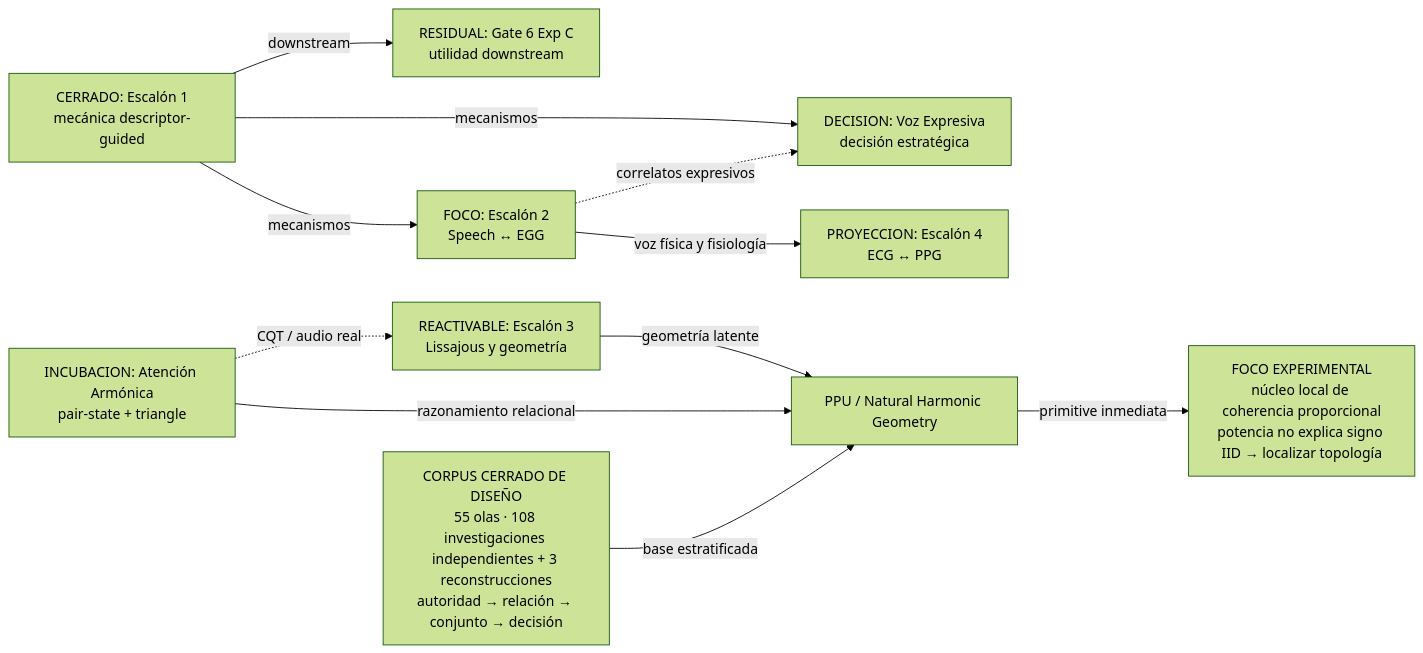
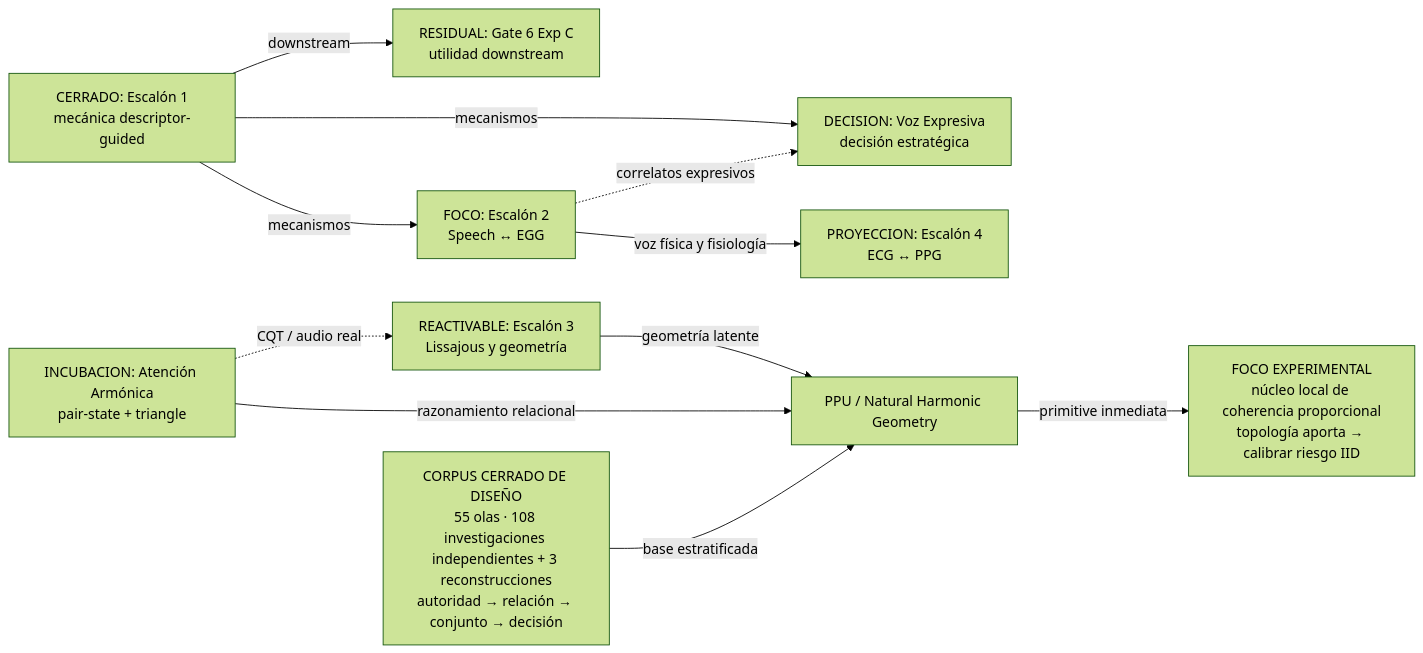
The first of 2 diagrams in Documents/05_WIKI/MAPA_VISUAL_DEL_PROGRAMA.md (Mar-IA-no/Phideus), drawn with Mermaid (forest theme) before and after one commit. The commit also changed other lines of this file and 9 other files, not shown here.

````diff
--- a/Documents/05_WIKI/MAPA_VISUAL_DEL_PROGRAMA.md
+++ b/Documents/05_WIKI/MAPA_VISUAL_DEL_PROGRAMA.md
@@ -44,24 +45,24 @@
 ```mermaid
 flowchart LR
     E1["CERRADO: Escalón 1<br/>mecánica descriptor-guided"]
     G6["RESIDUAL: Gate 6 Exp C<br/>utilidad downstream"]
     E2["FOCO: Escalón 2<br/>Speech ↔ EGG"]
     VE["DECISION: Voz Expresiva<br/>decisión estratégica"]
     E3["REACTIVABLE: Escalón 3<br/>Lissajous y geometría"]
     AA["INCUBACION: Atención Armónica<br/>pair-state + triangle"]
     E4["PROYECCION: Escalón 4<br/>ECG ↔ PPG"]
     PPU["PPU / Natural Harmonic Geometry"]
     GT["CORPUS CERRADO DE DISEÑO<br/>55 olas · 108 investigaciones independientes + 3 reconstrucciones<br/>autoridad → relación → conjunto → decisión"]
-    NCP["FOCO EXPERIMENTAL<br/>núcleo local de coherencia proporcional<br/>potencia no explica signo IID → localizar topología"]
+    NCP["FOCO EXPERIMENTAL<br/>núcleo local de coherencia proporcional<br/>topología aporta → calibrar riesgo IID"]
 
     E1 -->|mecanismos| E2
     E1 -->|mecanismos| VE
     E1 -->|downstream| G6
     E2 -->|voz física y fisiología| E4
     E2 -.->|correlatos expresivos| VE
     E3 -->|geometría latente| PPU
     AA -->|razonamiento relacional| PPU
     GT -->|base estratificada| PPU
     PPU -->|primitive inmediata| NCP
     AA -.->|CQT / audio real| E3
 ```
````
